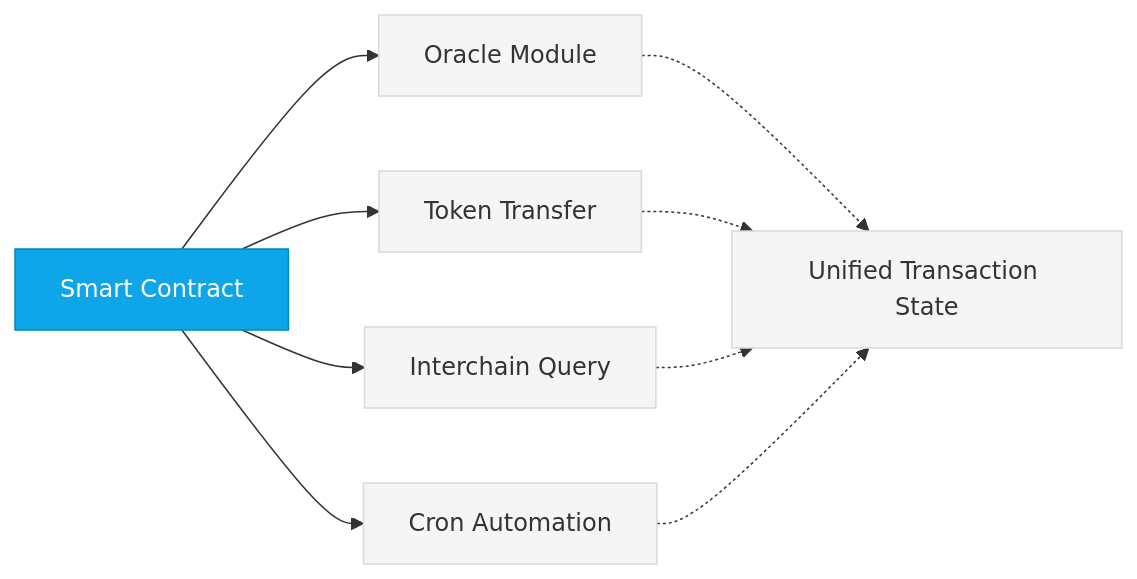
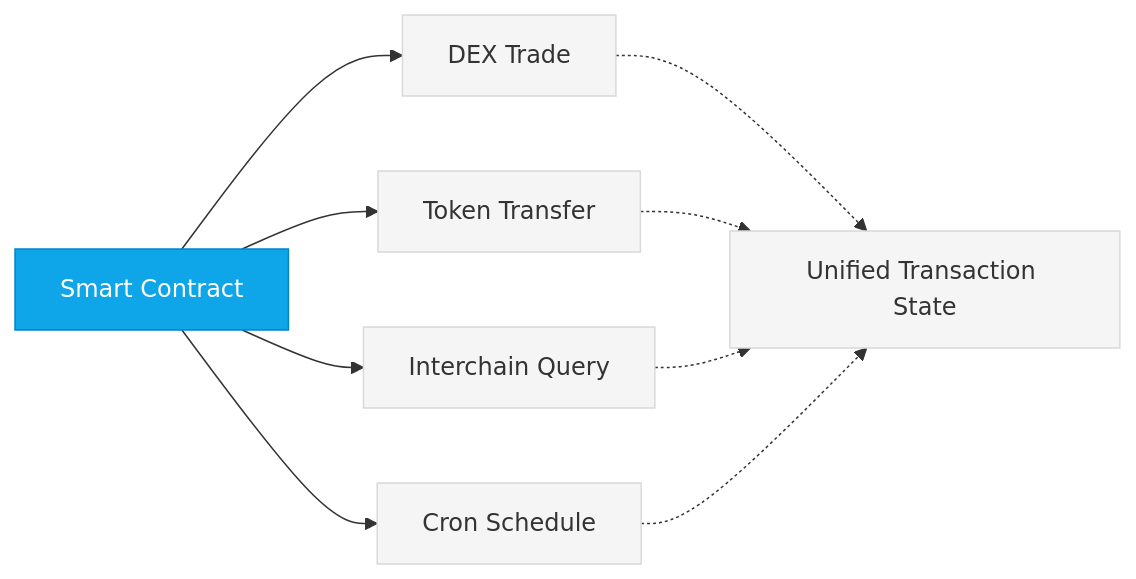
One commit to neutron-org/neutron-docs changed the diagram in concepts/integrated-architecture.mdx. Above: the diagram before and after it, drawn with Mermaid. The commit also changed 1 other file, not shown here.

Commit message:
fix: correct atomic composability diagram - remove non-existent Oracle module
ATOMIC COMPOSABILITY FIXES:

1. REMOVED NON-EXISTENT MODULE:
   ❌ Removed: Oracle Module (does not exist in Neutron)
   ✅ Added: DEX Trade (actual native trading capability)

2. UPDATED DIAGRAM LOGIC:
   ✅ DEX Trade - Native concentrated liquidity operations
   ✅ Token Transfer - IBC transfers with fee handling
   ✅ Interchain Query - Cross-chain state access
   ✅ Cron Schedule - Automated execution timing

3. IMPROVED ACCURACY:
   ✅ All components now reference real Neutron modules
   ✅ Atomic composability shows realistic use cases
   ✅ Unified transaction state reflects actual capabilities

RESULT: Diagram now accurately represents Neutron's true atomic composability

````diff
--- a/concepts/integrated-architecture.mdx
+++ b/concepts/integrated-architecture.mdx
@@ -64,14 +64,14 @@
 ```mermaid
 graph LR
-  A[Smart Contract] --> B[Oracle Module]
+  A[Smart Contract] --> B[DEX Trade]
   A --> C[Token Transfer]
   A --> D[Interchain Query]
-  A --> E[Cron Automation]
+  A --> E[Cron Schedule]
   
   B & C & D & E -.-> F[Unified Transaction State]
   
   classDef default fill:#f5f5f5,stroke:#d9d9d9,color:#333
   classDef contract fill:#0ea5e9,stroke:#0284c7,color:white
   
   class A contract
 ```
````
